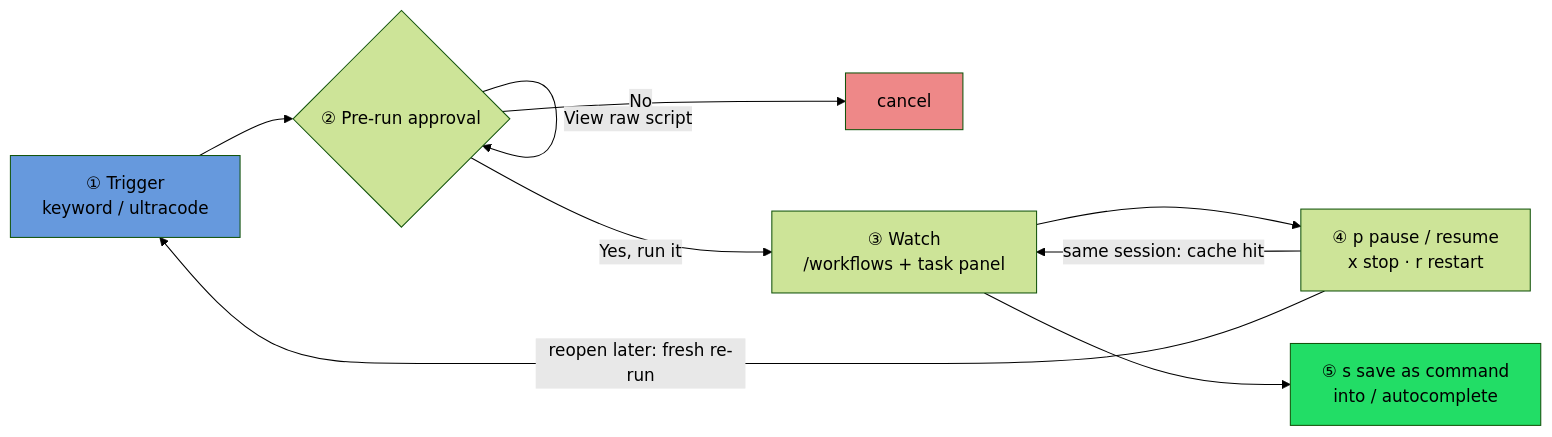
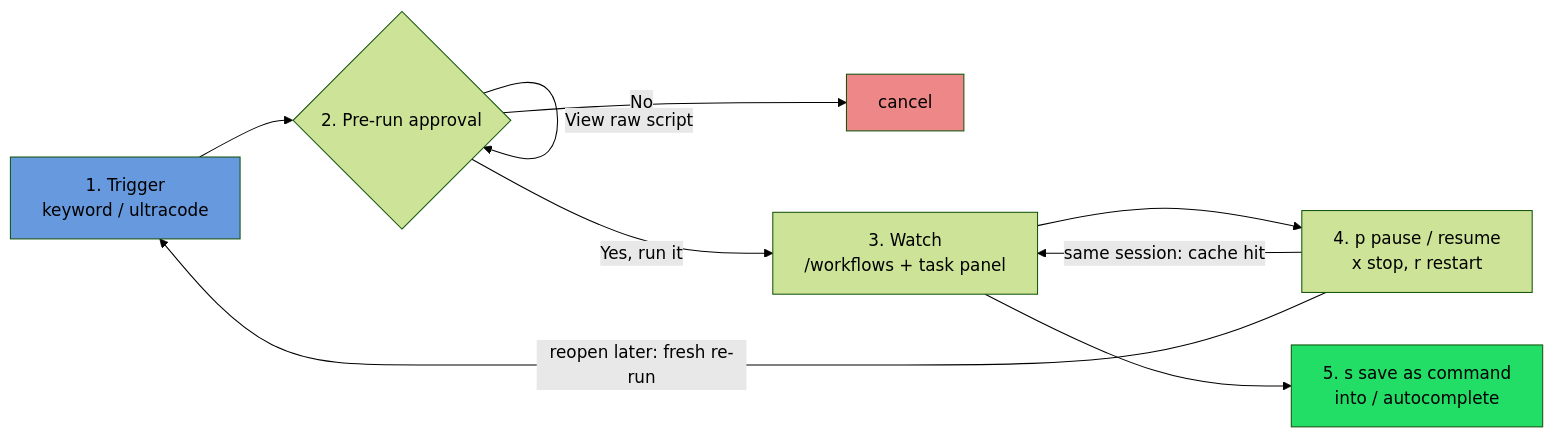
The diagram in docs/en/p2-ops-operations.md (AGI-is-going-to-arrive/workflow-cookbook), drawn with Mermaid (forest theme) before and after one commit. The commit also changed other lines of this file and 78 other files, not shown here.

````diff
--- a/docs/en/p2-ops-operations.md
+++ b/docs/en/p2-ops-operations.md
@@ -147,14 +147,14 @@
 ```mermaid
 flowchart LR
-    T["① Trigger<br/>keyword / ultracode"] --> AP{"② Pre-run approval"}
+    T["1. Trigger<br/>keyword / ultracode"] --> AP{"2. Pre-run approval"}
     AP -->|View raw script| AP
-    AP -->|Yes, run it| OBS["③ Watch<br/>/workflows + task panel"]
+    AP -->|Yes, run it| OBS["3. Watch<br/>/workflows + task panel"]
     AP -->|No| X1["cancel"]
-    OBS --> P["④ p pause / resume<br/>x stop · r restart"]
+    OBS --> P["4. p pause / resume<br/>x stop, r restart"]
     P -->|same session: cache hit| OBS
     P -->|reopen later: fresh re-run| T
-    OBS --> S["⑤ s save as command<br/>into / autocomplete"]
+    OBS --> S["5. s save as command<br/>into / autocomplete"]
     style T fill:#69d
     style S fill:#2d6
     style X1 fill:#e88
 ```
````
